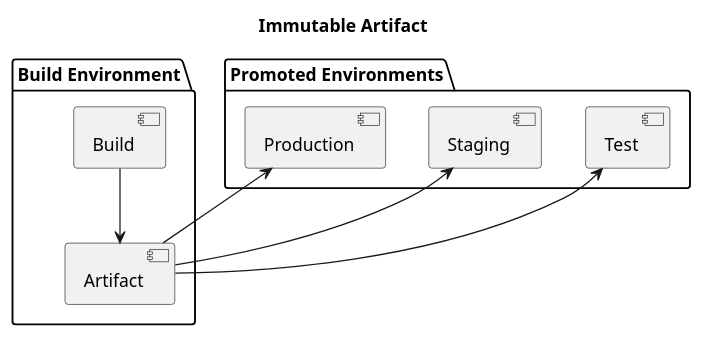
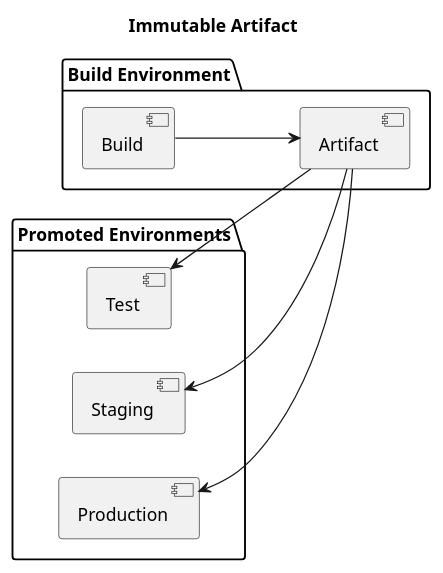
The third of 4 diagrams in doc/Week05/environment-promotion/README.marp.adoc (madajaju/CS8395), drawn with PlantUML before and after one commit. The commit also changed other lines of this file and 20 other files, not shown here.

```diff
--- a/doc/Week05/environment-promotion/README.marp.adoc
+++ b/doc/Week05/environment-promotion/README.marp.adoc
@@ -87,15 +103,16 @@
-[plantuml]
+[plantuml, format=svg, width=100%]
 ----
 @startuml
 title Immutable Artifact
+left to right direction
 package "Build Environment" {
   [Build] --> [Artifact]
 }
 
 package "Promoted Environments" {
   [Test] <-- [Artifact]
   [Staging] <-- [Artifact]
   [Production] <-- [Artifact]
 }
 @enduml
 ----
```
